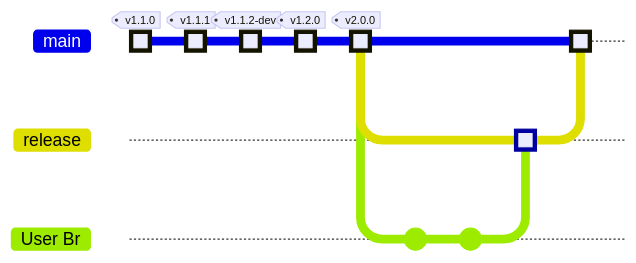
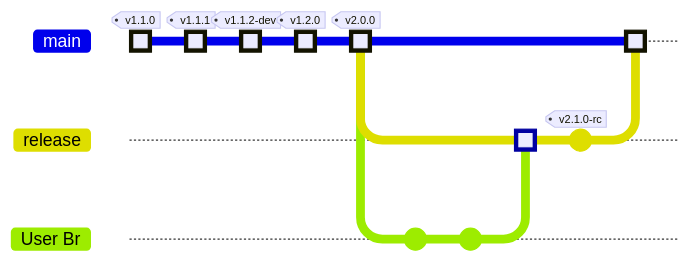
Before and after one commit to boromir674/automated-workflows: the second of 2 diagrams in docs/guides/gitops/run/guide_run_gitops_release_me_process.md, drawn with Mermaid. The commit also changed other lines of this file and 1 other file, not shown here. Commit ids are hidden.

Commit message:
docs: mention that Release Me Phase 2 creates an RC Tag on release branch

````diff
--- a/docs/guides/gitops/run/guide_run_gitops_release_me_process.md
+++ b/docs/guides/gitops/run/guide_run_gitops_release_me_process.md
@@ -89,20 +102,21 @@
 ```mermaid
     %%{init: { 'logLevel': 'debug', 'theme': 'gitGraph': {'rotateCommitLabel': false, 'showBranches': true, 'showCommitLabel':true, 'mainBranchName': 'main / master'}} }%%
         gitGraph
             commit id: "[NEW] 1.1.0" type: HIGHLIGHT tag: "v1.1.0"
             commit id: "[FIX] 1.1.1" type: HIGHLIGHT tag: "v1.1.1"
             commit id: "[DEV] 1.1.2-dev" type: HIGHLIGHT tag: "v1.1.2-dev"
             commit id: "[NEW] 1.2.0" type: HIGHLIGHT tag: "v1.2.0"
             commit id: "[NEW] 2.0.0" type: HIGHLIGHT tag: "v2.0.0"
             branch release
 
             branch "User Br"
             commit
             commit id: "new feat"
 
             checkout release
             merge "User Br" id: "Merge" type: HIGHLIGHT
+            commit id: "CHANGELOG.md" tag: "v2.1.0-rc"
 
             checkout main
             merge release id: "[NEW] 2.1.0" type: HIGHLIGHT
 ```
````
